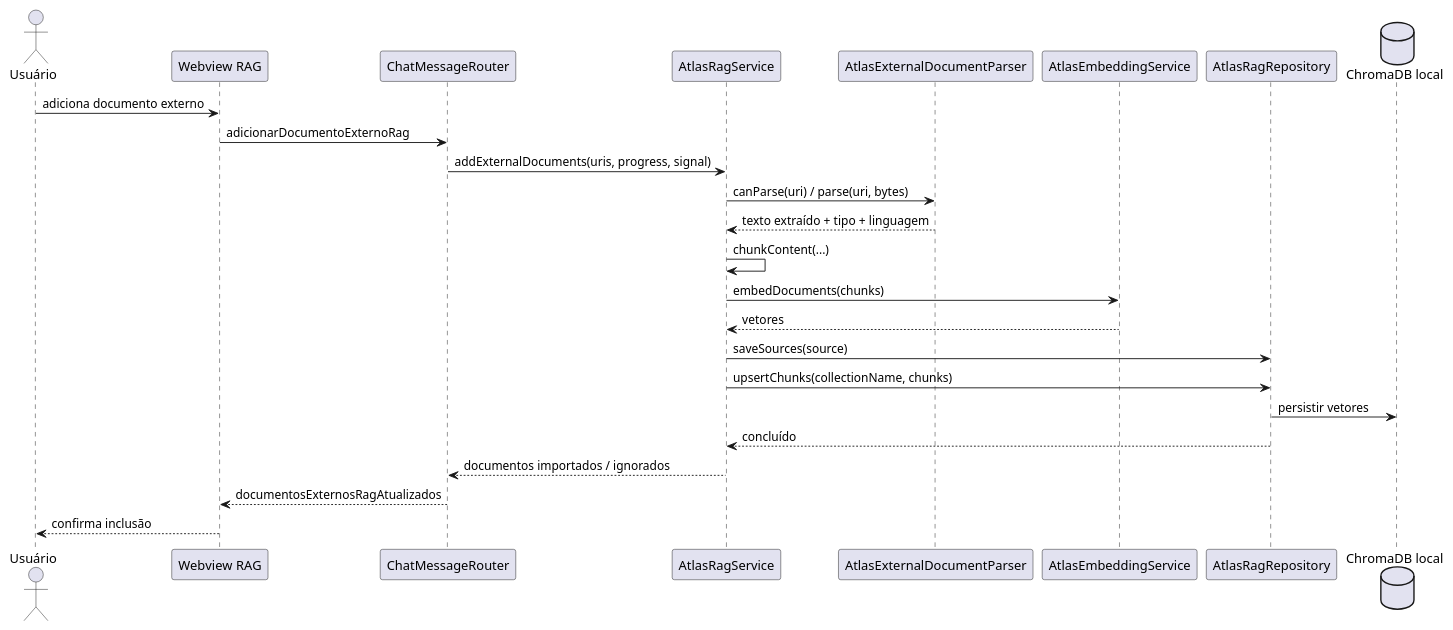
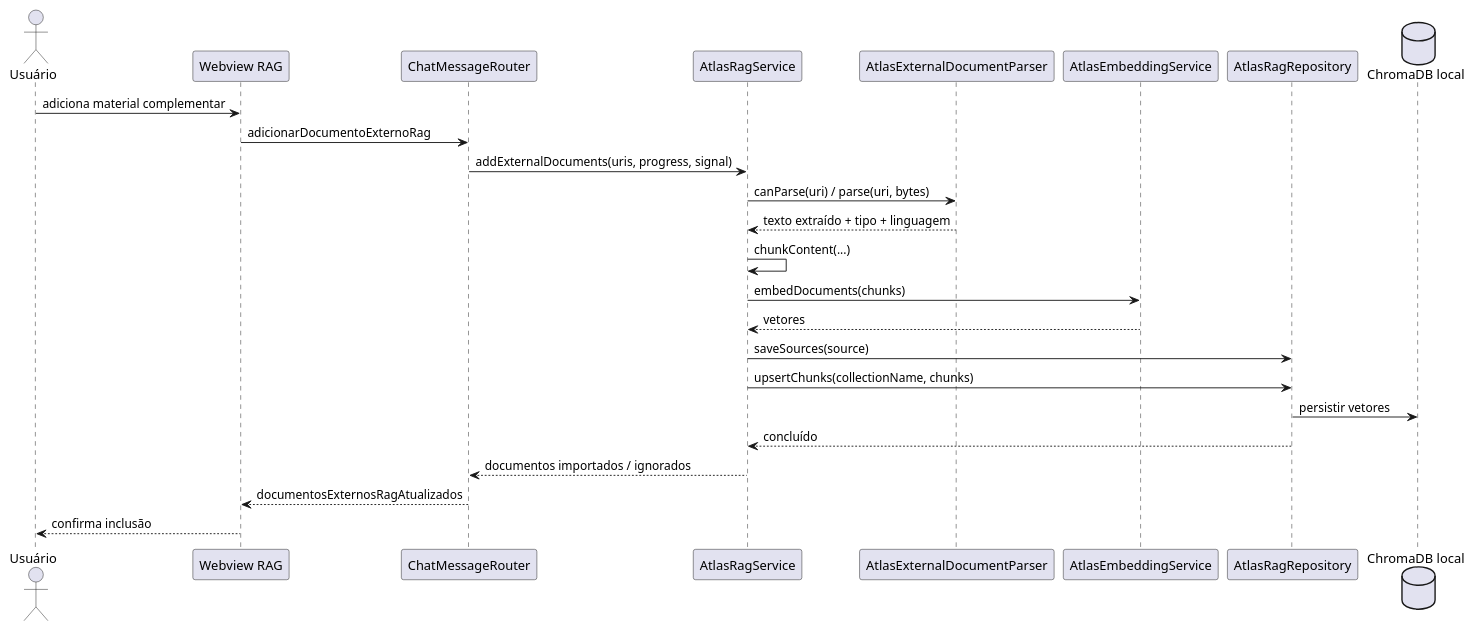
One commit to JVictorVI/ATLAS changed diagram 40 of 40 in docs/plantuml-diagramas-por-caso-de-uso-atlas.md. Above: the diagram before and after it, drawn with PlantUML. The commit also changed other lines of this file and 15 other files, not shown here.

````diff
--- a/docs/plantuml-diagramas-por-caso-de-uso-atlas.md
+++ b/docs/plantuml-diagramas-por-caso-de-uso-atlas.md
@@ -1424,29 +1424,29 @@
 ```plantuml
 @startuml
 skinparam shadowing false
 actor Usuário
 participant "Webview RAG" as UI
 participant ChatMessageRouter as Router
 participant AtlasRagService as RAG
 participant AtlasExternalDocumentParser as Parser
 participant AtlasEmbeddingService as Embeddings
 participant AtlasRagRepository as Repository
 database "ChromaDB local" as Chroma
 
-Usuário -> UI : adiciona documento externo
+Usuário -> UI : adiciona material complementar
 UI -> Router : adicionarDocumentoExternoRag
 Router -> RAG : addExternalDocuments(uris, progress, signal)
 RAG -> Parser : canParse(uri) / parse(uri, bytes)
 Parser --> RAG : texto extraído + tipo + linguagem
 RAG -> RAG : chunkContent(...)
 RAG -> Embeddings : embedDocuments(chunks)
 Embeddings --> RAG : vetores
 RAG -> Repository : saveSources(source)
 RAG -> Repository : upsertChunks(collectionName, chunks)
 Repository -> Chroma : persistir vetores
 Repository --> RAG : concluído
 RAG --> Router : documentos importados / ignorados
 Router --> UI : documentosExternosRagAtualizados
 UI --> Usuário : confirma inclusão
 @enduml
 ```
````
